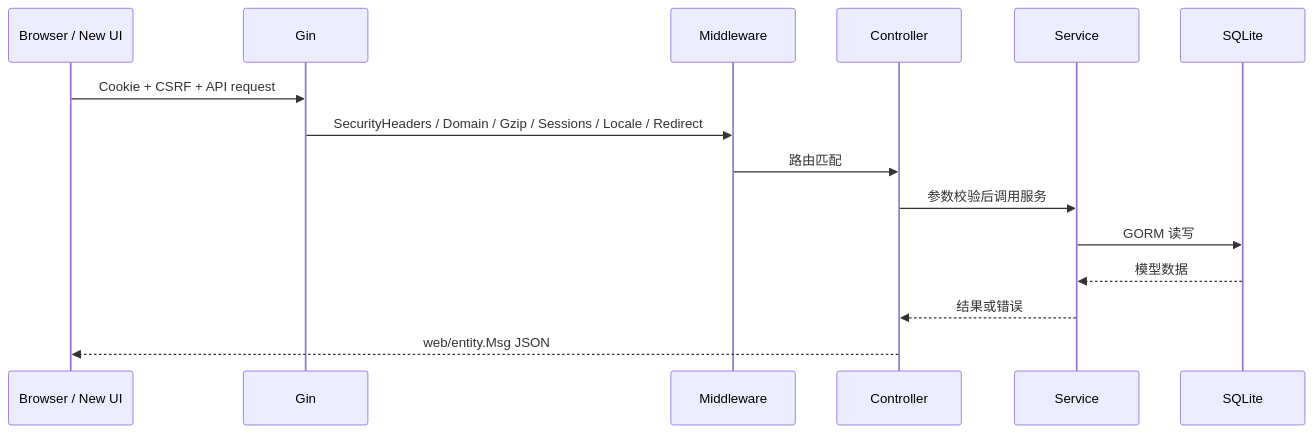
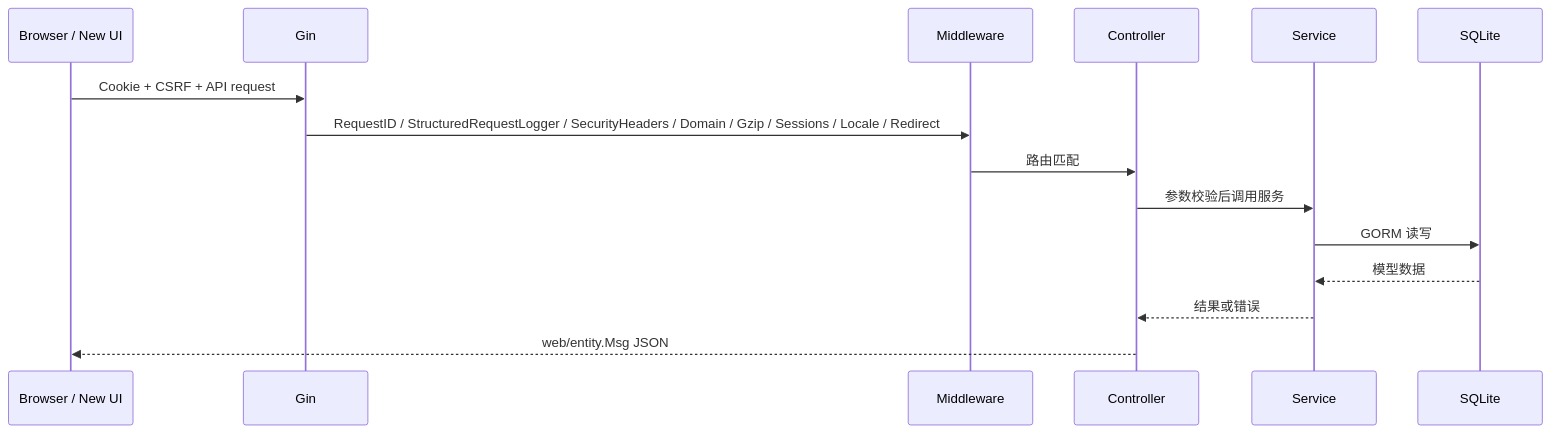
Before and after one commit to superaddmin/SuperXray-gui: the third of 5 diagrams in docs/architecture.md, drawn with Mermaid. The commit also changed other lines of this file and 26 other files, not shown here.

````diff
--- a/docs/architecture.md
+++ b/docs/architecture.md
@@ -219,18 +228,18 @@
 ```mermaid
 sequenceDiagram
     participant Browser as Browser / New UI
     participant Gin as Gin
     participant MW as Middleware
     participant Ctrl as Controller
     participant Svc as Service
     participant DB as SQLite
 
     Browser->>Gin: Cookie + CSRF + API request
-    Gin->>MW: SecurityHeaders / Domain / Gzip / Sessions / Locale / Redirect
+    Gin->>MW: RequestID / StructuredRequestLogger / SecurityHeaders / Domain / Gzip / Sessions / Locale / Redirect
     MW->>Ctrl: 路由匹配
     Ctrl->>Svc: 参数校验后调用服务
     Svc->>DB: GORM 读写
     DB-->>Svc: 模型数据
     Svc-->>Ctrl: 结果或错误
     Ctrl-->>Browser: web/entity.Msg JSON
 ```
````
